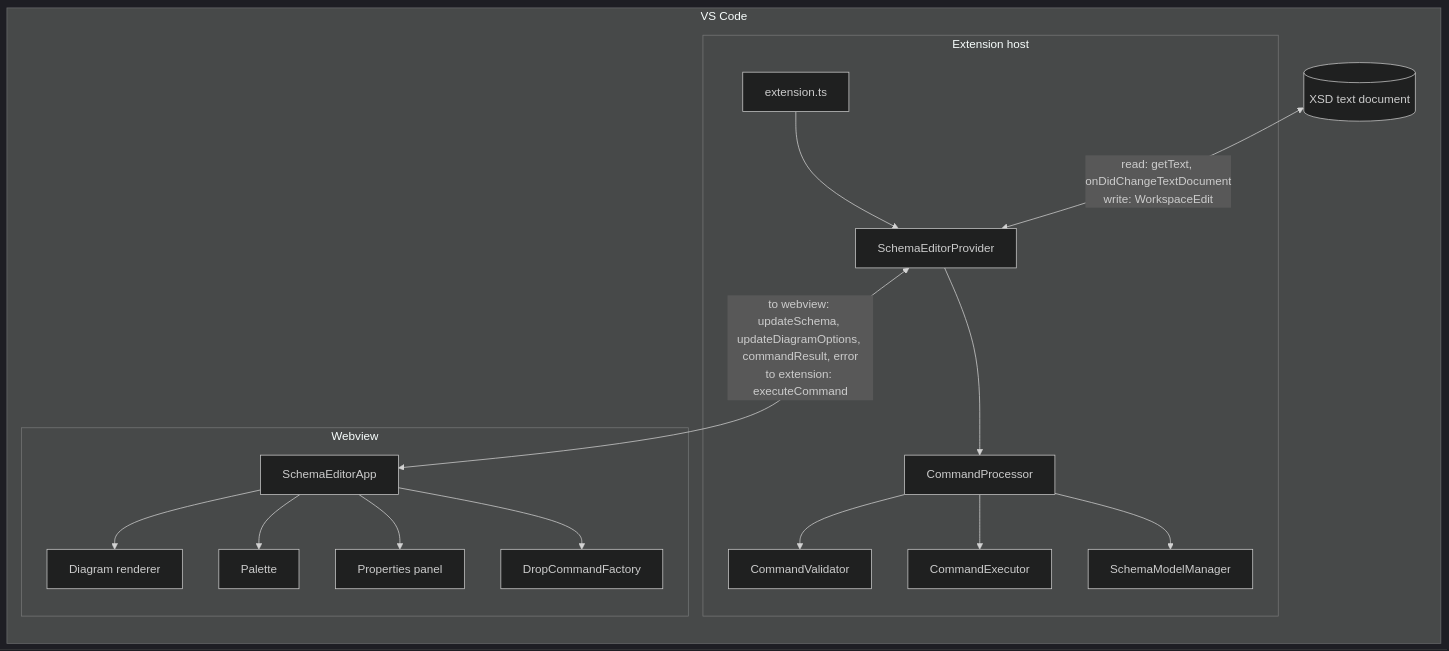
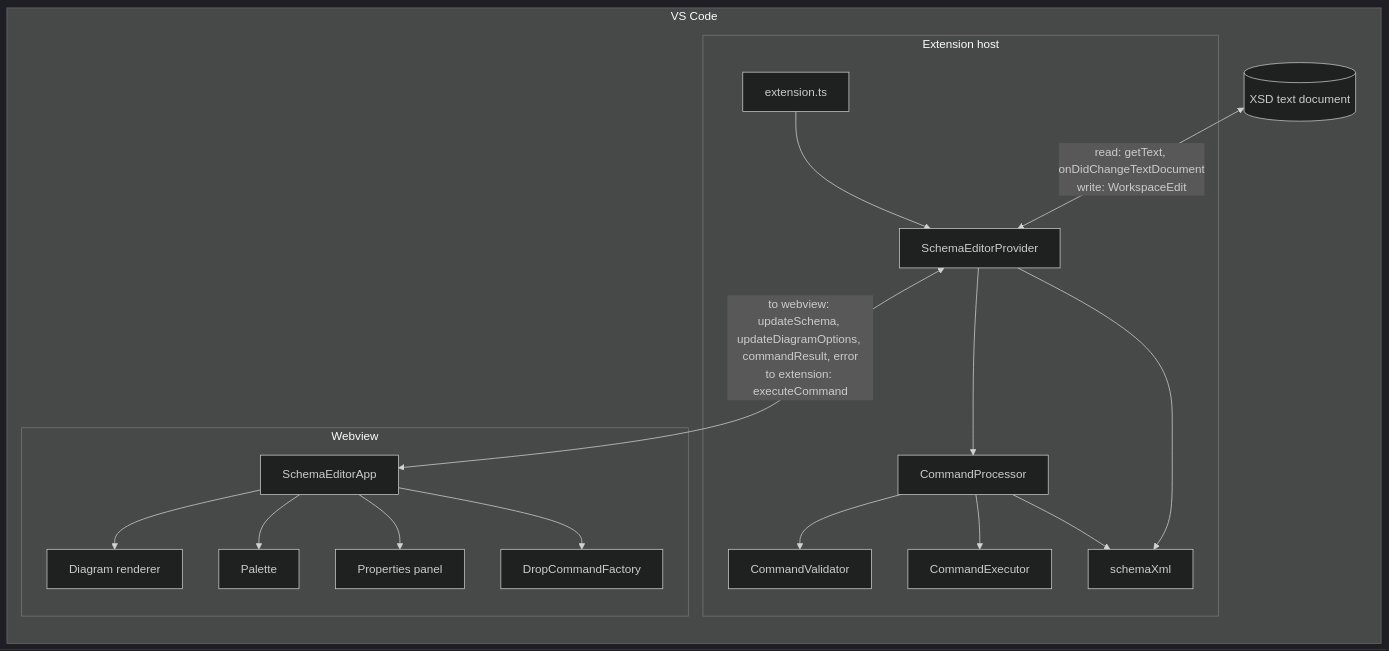
One commit to neumaennl/vscode-visual-xml-schema-editor changed the diagram in docs/architecture.md. Above: the diagram before and after it, drawn with Mermaid (dark theme). The commit also changed other lines of this file and 18 other files, not shown here.

First line of the commit message:
Parse and serialize the schema without state

````diff
--- a/docs/architecture.md
+++ b/docs/architecture.md
@@ -63,21 +63,22 @@
 ```mermaid
 flowchart LR
   subgraph VS Code
     DOC[(XSD text document)]
     subgraph Extension host
       EXT[extension.ts] --> PROV[SchemaEditorProvider]
       PROV --> PROC[CommandProcessor]
       PROC --> VAL[CommandValidator]
       PROC --> EXE[CommandExecutor]
-      PROC --> MM[SchemaModelManager]
+      PROC --> XML[schemaXml]
+      PROV --> XML
     end
     subgraph Webview
       APP[SchemaEditorApp] --> DIA[Diagram renderer]
       APP --> PAL[Palette]
       APP --> PP[Properties panel]
       APP --> DROP[DropCommandFactory]
     end
   end
   DOC <-- "read: getText, onDidChangeTextDocument<br/>write: WorkspaceEdit" --> PROV
   PROV <-- "to webview: updateSchema, updateDiagramOptions, commandResult, error<br/>to extension: executeCommand" --> APP
 ```
````
